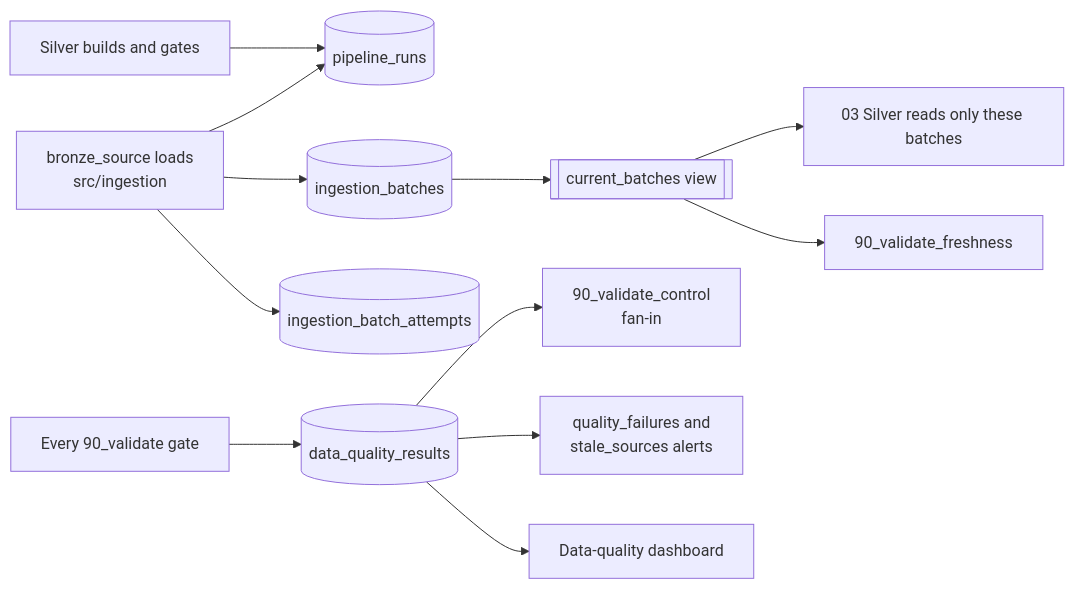
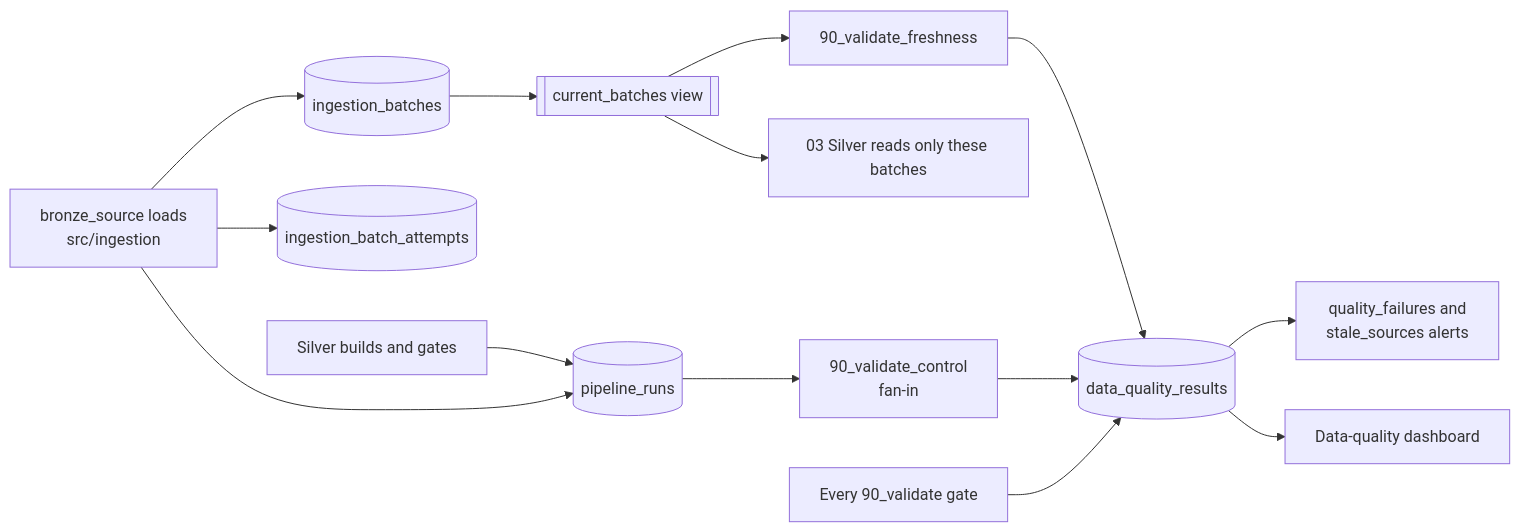
Before and after one commit to hyenalouise/edu-access-sandbox: the diagram in etl/01_control/README.md, drawn with Mermaid. The commit also changed 1 other file, not shown here.

Commit message:
Draw the fan-in reading the run records, not the check results
The Control diagram showed 90_validate_control reading data_quality_results; it reads pipeline_runs and writes its results to data_quality_results, as the freshness check does. The README now also points to #211 for the planner dashboard, which is still a draft.

````diff
--- a/etl/01_control/README.md
+++ b/etl/01_control/README.md
@@ -5,14 +5,15 @@
 ```mermaid
 flowchart LR
     loader[bronze_source loads<br/>src/ingestion] --> runs[(pipeline_runs)]
     loader --> batches[(ingestion_batches)]
     loader --> attempts[(ingestion_batch_attempts)]
     gates[Every 90_validate gate] --> dq[(data_quality_results)]
     silver_build[Silver builds and gates] --> runs
     batches --> current[[current_batches view]]
     current --> silver[03 Silver reads only these batches]
-    dq --> fan_in[90_validate_control<br/>fan-in]
+    runs --> fan_in[90_validate_control<br/>fan-in]
     current --> freshness[90_validate_freshness]
+    fan_in & freshness --> dq
     dq --> alerts[quality_failures and<br/>stale_sources alerts]
     dq --> dashboard[Data-quality dashboard]
 ```
````
